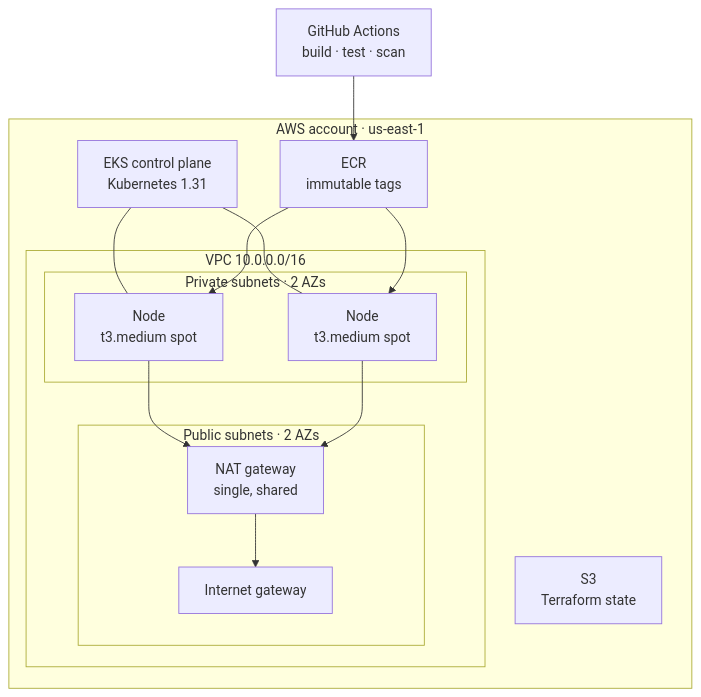
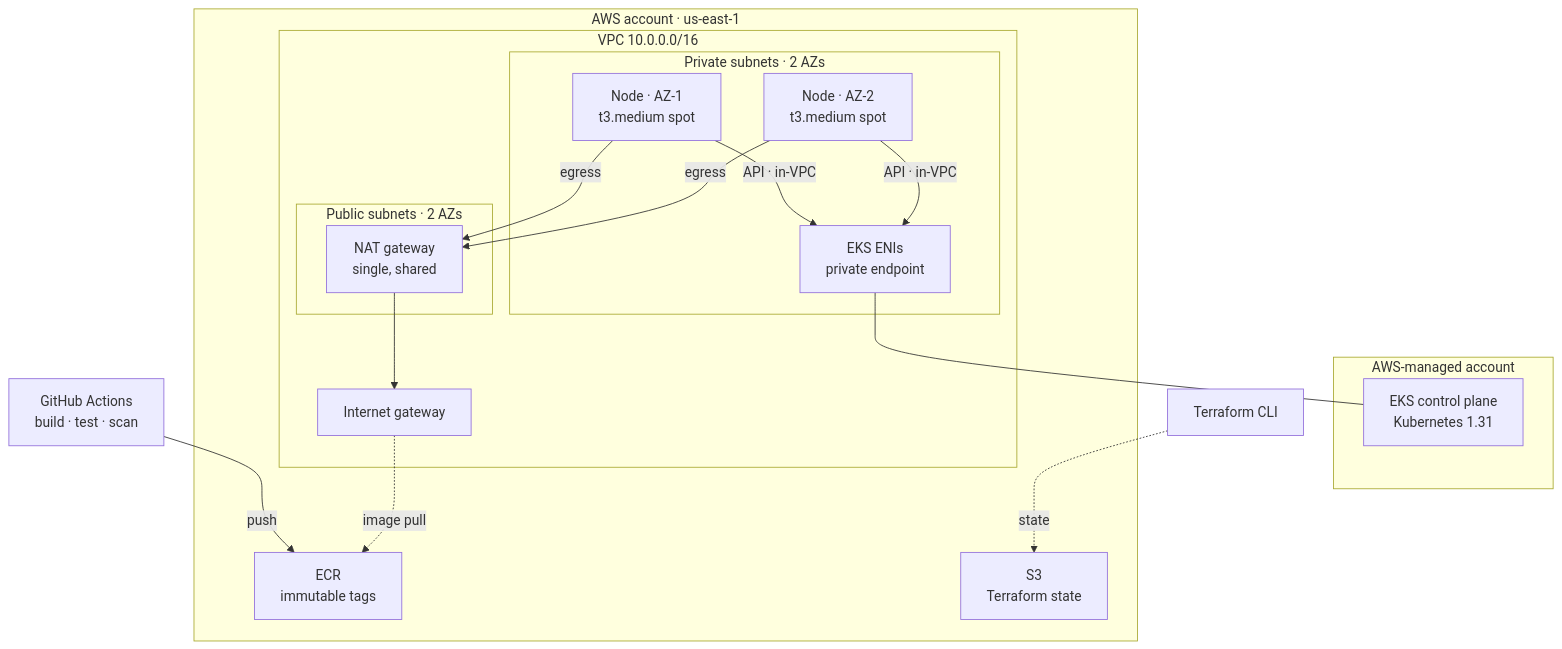
Before and after one commit to SamuelYenla/cloud-devops-portfolio: the diagram in 01-eks-ordering-platform/README.md, drawn with Mermaid. The commit also changed other lines of this file, not shown here.

Commit message:
Correct the architecture diagram topology
The previous diagram put the EKS control plane inside the VPC, drew the NAT
gateway talking to it, showed ECR reaching nodes directly, and placed the
state bucket outside the account. Verified against the running infrastructure:

- Control plane ENIs report Requester 188686652866, an AWS-owned account, so
  the control plane is not in this VPC. Only its ENIs are.
- describe-vpc-endpoints returns nothing, so image pulls must egress through
  the NAT gateway rather than reaching ECR directly.
- Node-to-API traffic goes through those ENIs and stays in the VPC, so there
  is no NAT-to-control-plane path.

Diagram now shows the control plane in an AWS-managed account, the ENIs as the
attachment point, pulls routed out via NAT and the internet gateway, the state
bucket inside the account, and the internet gateway attached to the VPC rather
than sitting in a subnet.

````diff
--- a/01-eks-ordering-platform/README.md
+++ b/01-eks-ordering-platform/README.md
@@ -8,27 +8,40 @@
 ```mermaid
 flowchart TD
+    GH["GitHub Actions<br/>build · test · scan"]
+    TF["Terraform CLI"]
+
+    subgraph Managed["AWS-managed account"]
+        CP["EKS control plane<br/>Kubernetes 1.31"]
+    end
+
     subgraph AWS["AWS account · us-east-1"]
+        ECR["ECR<br/>immutable tags"]
+        S3["S3<br/>Terraform state"]
+
         subgraph VPC["VPC 10.0.0.0/16"]
+            IGW["Internet gateway"]
+
             subgraph Public["Public subnets · 2 AZs"]
                 NAT["NAT gateway<br/>single, shared"]
-                IGW["Internet gateway"]
             end
+
             subgraph Private["Private subnets · 2 AZs"]
-                N1["Node<br/>t3.medium spot"]
-                N2["Node<br/>t3.medium spot"]
+                ENI["EKS ENIs<br/>private endpoint"]
+                N1["Node · AZ-1<br/>t3.medium spot"]
+                N2["Node · AZ-2<br/>t3.medium spot"]
             end
         end
-        CP["EKS control plane<br/>Kubernetes 1.31"]
-        ECR["ECR<br/>immutable tags"]
-        S3["S3<br/>Terraform state"]
     end
 
-    GH["GitHub Actions<br/>build · test · scan"] --> ECR
-    CP --- N1
-    CP --- N2
-    ECR --> N1
-    ECR --> N2
-    N1 --> NAT
-    N2 --> NAT
+    GH -->|push| ECR
+    TF -.->|state| S3
+
+    N1 -->|API · in-VPC| ENI
+    N2 -->|API · in-VPC| ENI
+    ENI --- CP
+
+    N1 -->|egress| NAT
+    N2 -->|egress| NAT
     NAT --> IGW
+    IGW -.->|image pull| ECR
 ```
````
